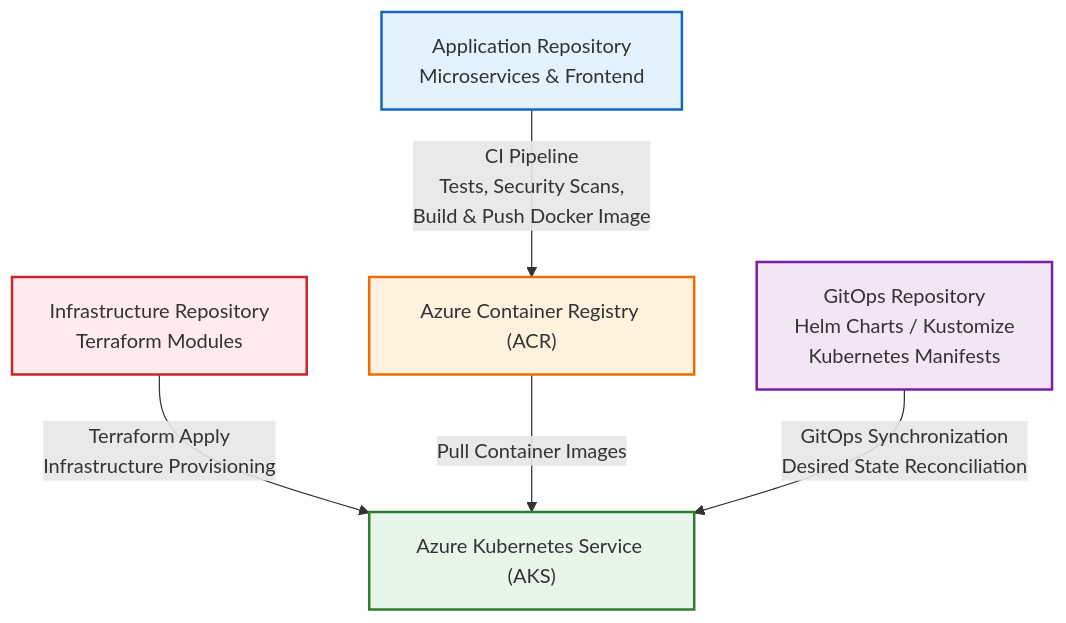
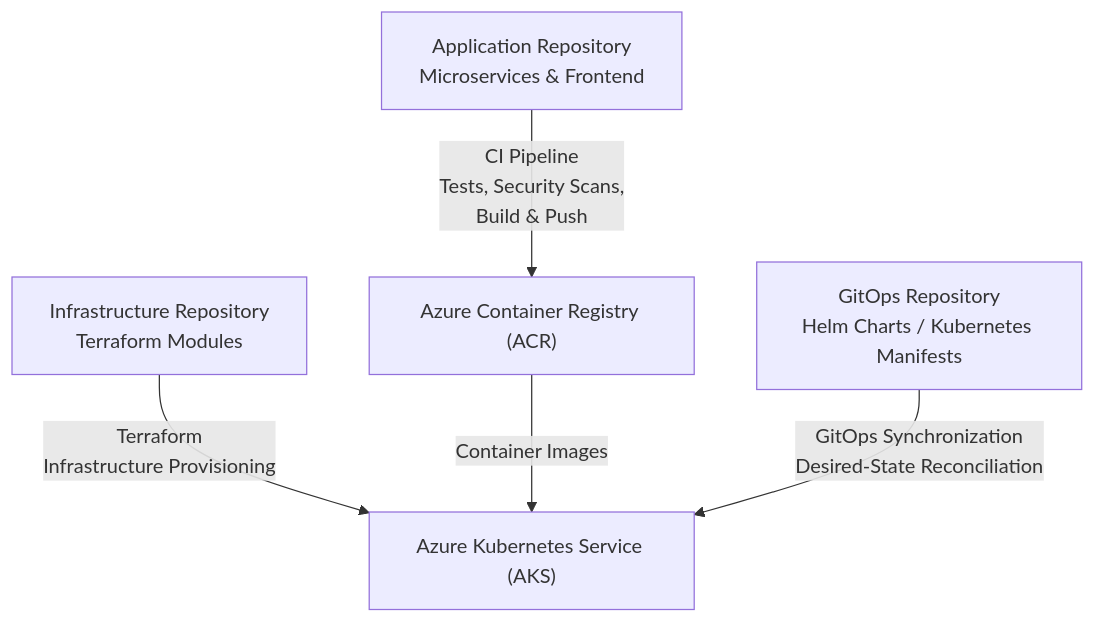
The diagram in README.md (maxiemoses-eu/SignalForge), drawn with Mermaid before and after one commit. The commit also changed other lines of this file, not shown here.

````diff
--- a/README.md
+++ b/README.md
@@ -12,31 +42,21 @@
 ```mermaid
 flowchart TB
 
     APP["Application Repository<br/>Microservices & Frontend"]
+
     IAC["Infrastructure Repository<br/>Terraform Modules"]
-    GITOPS["GitOps Repository<br/>Helm Charts / Kustomize<br/>Kubernetes Manifests"]
+
+    GITOPS["GitOps Repository<br/>Helm Charts / Kubernetes Manifests"]
 
     ACR["Azure Container Registry (ACR)"]
 
     AKS["Azure Kubernetes Service (AKS)"]
 
-    APP -->|"CI Pipeline<br/>Tests, Security Scans,<br/>Build & Push Docker Image"| ACR
+    APP -->|"CI Pipeline<br/>Tests, Security Scans,<br/>Build & Push"| ACR
 
-    IAC -->|"Terraform Apply<br/>Infrastructure Provisioning"| AKS
+    IAC -->|"Terraform<br/>Infrastructure Provisioning"| AKS
 
-    ACR -->|"Pull Container Images"| AKS
+    ACR -->|"Container Images"| AKS
 
-    GITOPS -->|"GitOps Synchronization<br/>Desired State Reconciliation"| AKS
-
-    classDef app fill:#E3F2FD,stroke:#1565C0,stroke-width:2px;
-    classDef iac fill:#FFEBEE,stroke:#C62828,stroke-width:2px;
-    classDef registry fill:#FFF3E0,stroke:#EF6C00,stroke-width:2px;
-    classDef platform fill:#E8F5E9,stroke:#2E7D32,stroke-width:2px;
-    classDef gitops fill:#F3E5F5,stroke:#7B1FA2,stroke-width:2px;
-
-    class APP app;
-    class IAC iac;
-    class ACR registry;
-    class AKS platform;
-    class GITOPS gitops;
+    GITOPS -->|"GitOps Synchronization<br/>Desired-State Reconciliation"| AKS
 ```
````
